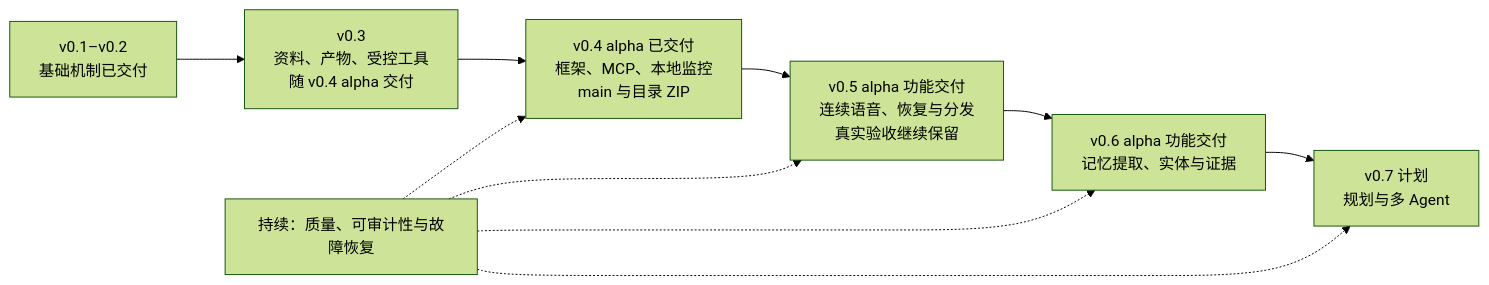
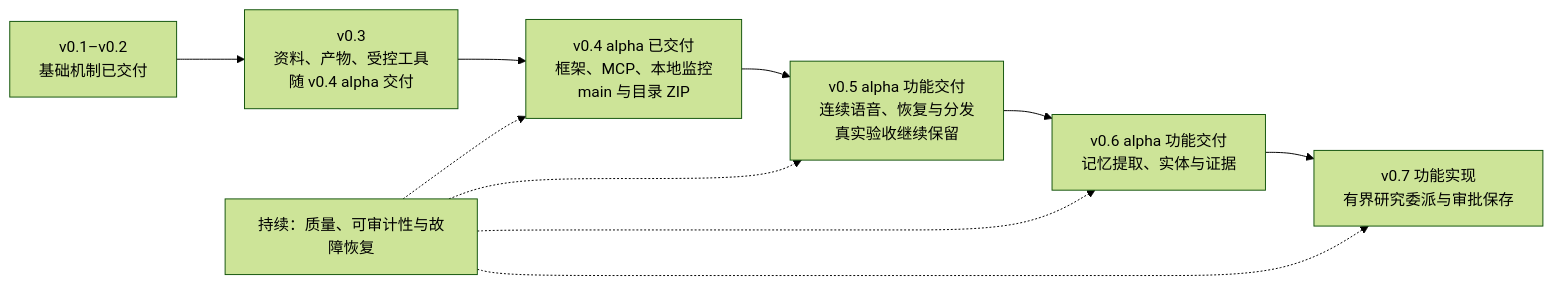
Before and after one commit to MuzeAnisichael/GreatSage: the diagram in docs/roadmap.md, drawn with Mermaid (forest theme). The commit also changed other lines of this file and 12 other files, not shown here.

Commit message:
docs(v0.7): map research architecture and delivery boundaries

````diff
--- a/docs/roadmap.md
+++ b/docs/roadmap.md
@@ -18,12 +18,12 @@
 ```mermaid
 flowchart LR
     A["v0.1–v0.2<br/>基础机制已交付"] --> B["v0.3<br/>资料、产物、受控工具<br/>随 v0.4 alpha 交付"]
     B --> C["v0.4 alpha 已交付<br/>框架、MCP、本地监控<br/>main 与目录 ZIP"]
     C --> D["v0.5 alpha 功能交付<br/>连续语音、恢复与分发<br/>真实验收继续保留"]
     D --> E["v0.6 alpha 功能交付<br/>记忆提取、实体与证据"]
-    E --> F["v0.7 计划<br/>规划与多 Agent"]
+    E --> F["v0.7 功能实现<br/>有界研究委派与审批保存"]
     R["持续：质量、可审计性与故障恢复"] -.-> C
     R -.-> D
     R -.-> E
     R -.-> F
 ```
````
